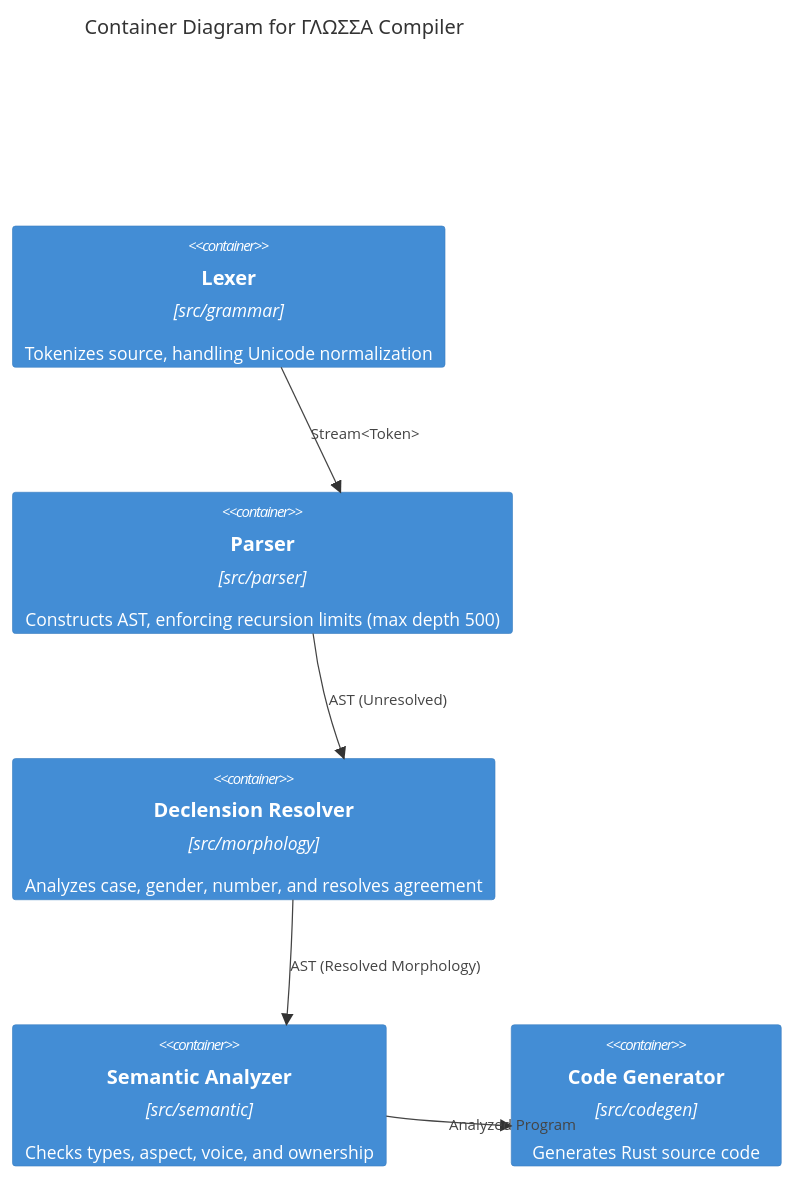
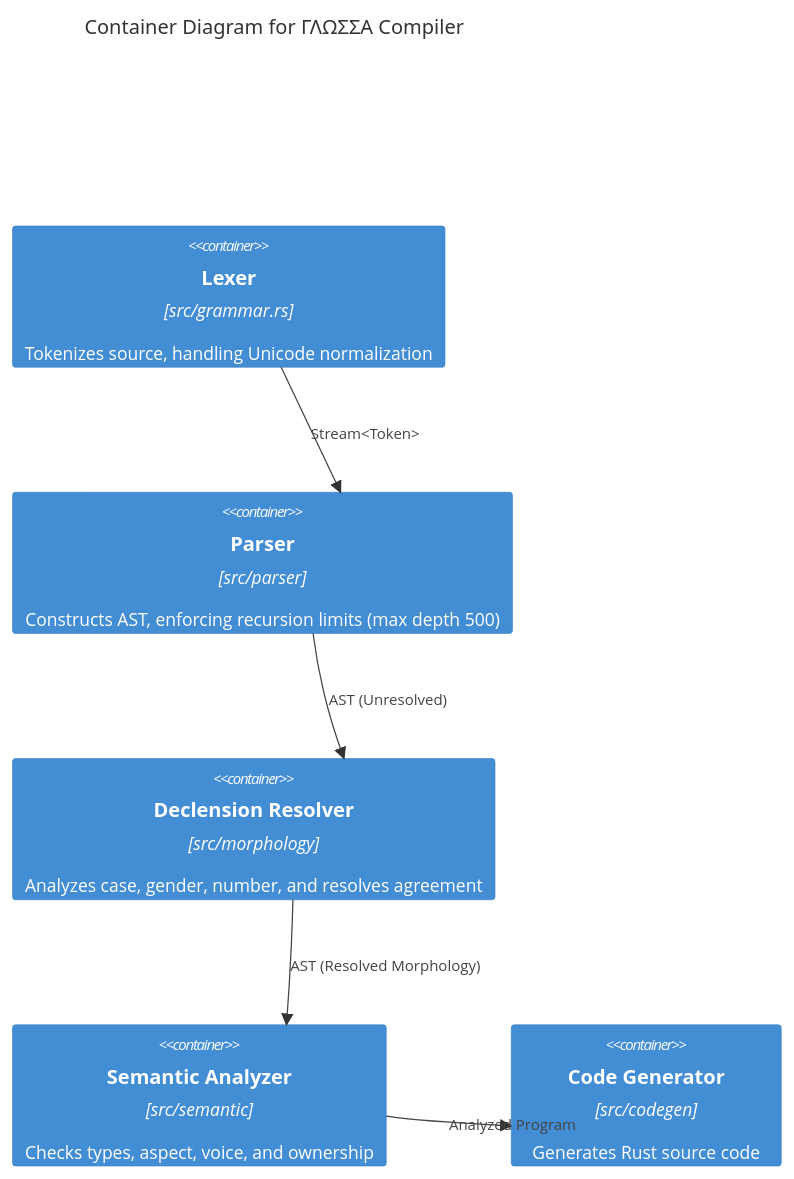
The second of 3 diagrams in docs/architecture.md (madmax983/glossa), drawn with Mermaid before and after one commit. The commit also changed 11 other files, not shown here.

````diff
--- a/docs/architecture.md
+++ b/docs/architecture.md
@@ -26,15 +26,15 @@
 ```mermaid
 C4Container
     title Container Diagram for ΓΛΩΣΣΑ Compiler
 
-    Container(lexer, "Lexer", "src/grammar", "Tokenizes source, handling Unicode normalization")
+    Container(lexer, "Lexer", "src/grammar.rs", "Tokenizes source, handling Unicode normalization")
     Container(parser, "Parser", "src/parser", "Constructs AST, enforcing recursion limits (max depth 500)")
     Container(morphology, "Declension Resolver", "src/morphology", "Analyzes case, gender, number, and resolves agreement")
     Container(semantic, "Semantic Analyzer", "src/semantic", "Checks types, aspect, voice, and ownership")
     Container(codegen, "Code Generator", "src/codegen", "Generates Rust source code")
 
     Rel(lexer, parser, "Stream<Token>")
     Rel(parser, morphology, "AST (Unresolved)")
     Rel(morphology, semantic, "AST (Resolved Morphology)")
     Rel(semantic, codegen, "Analyzed Program")
 ```
````
